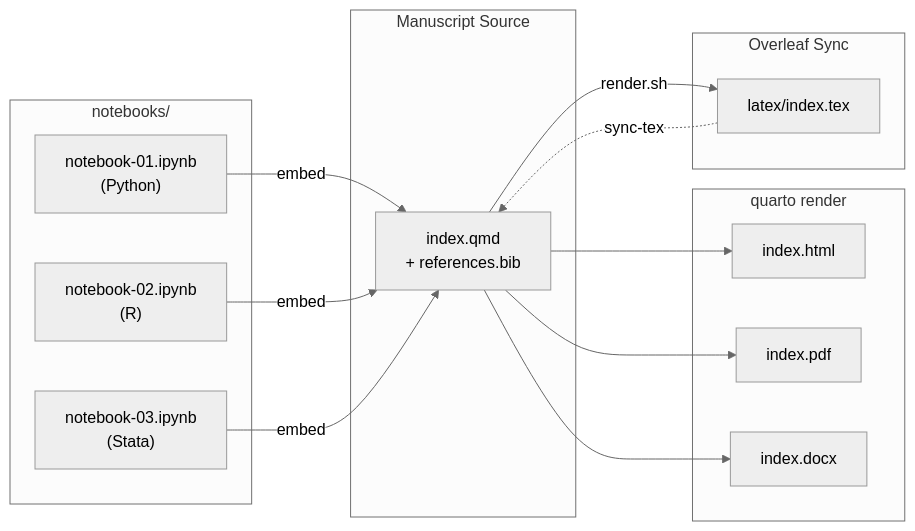
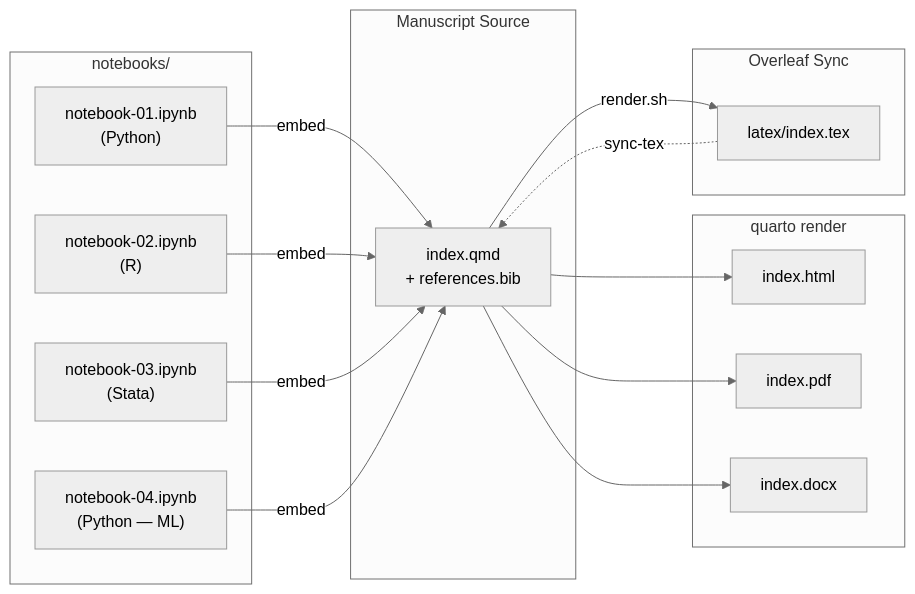
The first of 2 diagrams in README.md (cmg777/claude4data), drawn with Mermaid (neutral theme) before and after one commit. The commit also changed other lines of this file and 23 other files, not shown here.

````diff
--- a/README.md
+++ b/README.md
@@ -49,31 +39,33 @@
 ```mermaid
 flowchart LR
     subgraph Notebooks ["notebooks/"]
         NB1["notebook-01.ipynb<br/>(Python)"]
         NB2["notebook-02.ipynb<br/>(R)"]
         NB3["notebook-03.ipynb<br/>(Stata)"]
+        NB4["notebook-04.ipynb<br/>(Python — ML)"]
     end
 
     subgraph Manuscript ["Manuscript Source"]
         QMD["index.qmd<br/>+ references.bib"]
     end
 
     subgraph Render ["quarto render"]
         HTML["index.html"]
         PDF["index.pdf"]
         DOCX["index.docx"]
     end
 
     subgraph Overleaf ["Overleaf Sync"]
         TEX["latex/index.tex"]
     end
 
     NB1 -- embed --> QMD
     NB2 -- embed --> QMD
     NB3 -- embed --> QMD
+    NB4 -- embed --> QMD
     QMD --> HTML
     QMD --> PDF
     QMD --> DOCX
     QMD -- render.sh --> TEX
     TEX -. sync-tex .-> QMD
 ```
````
